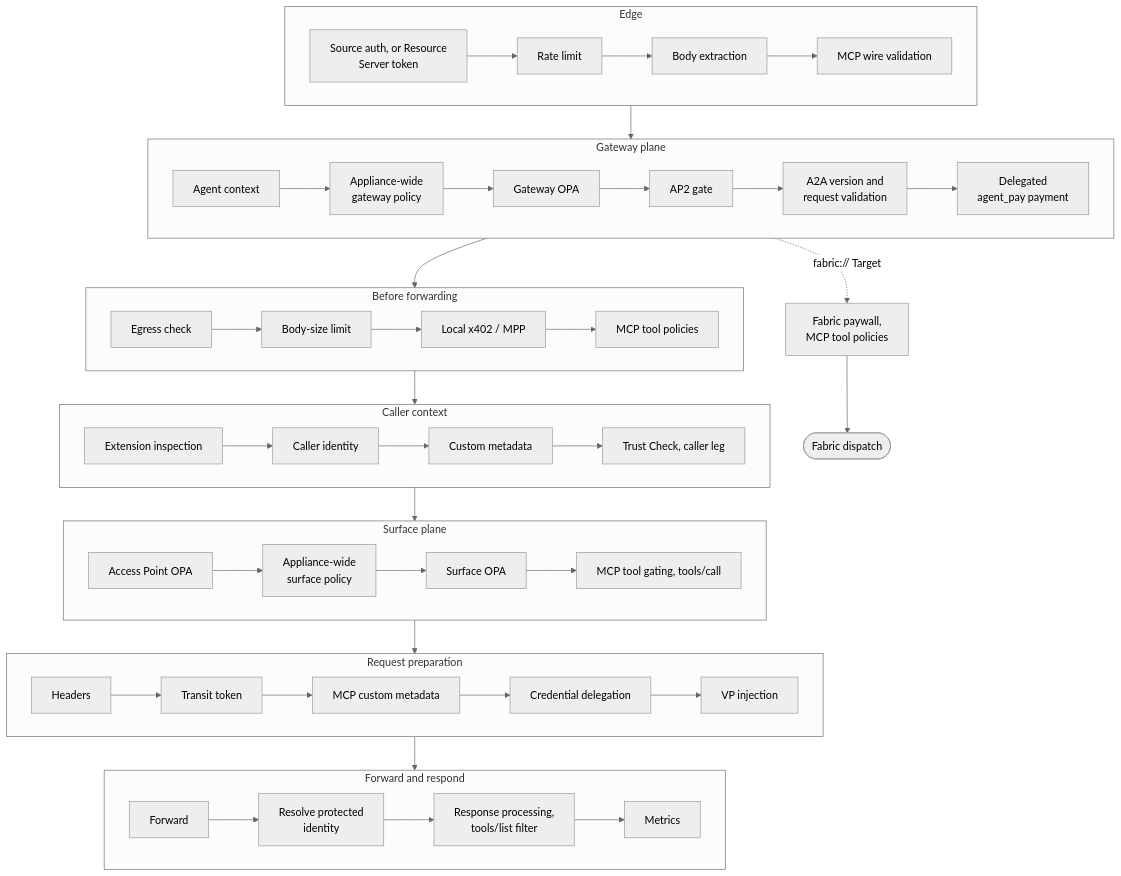
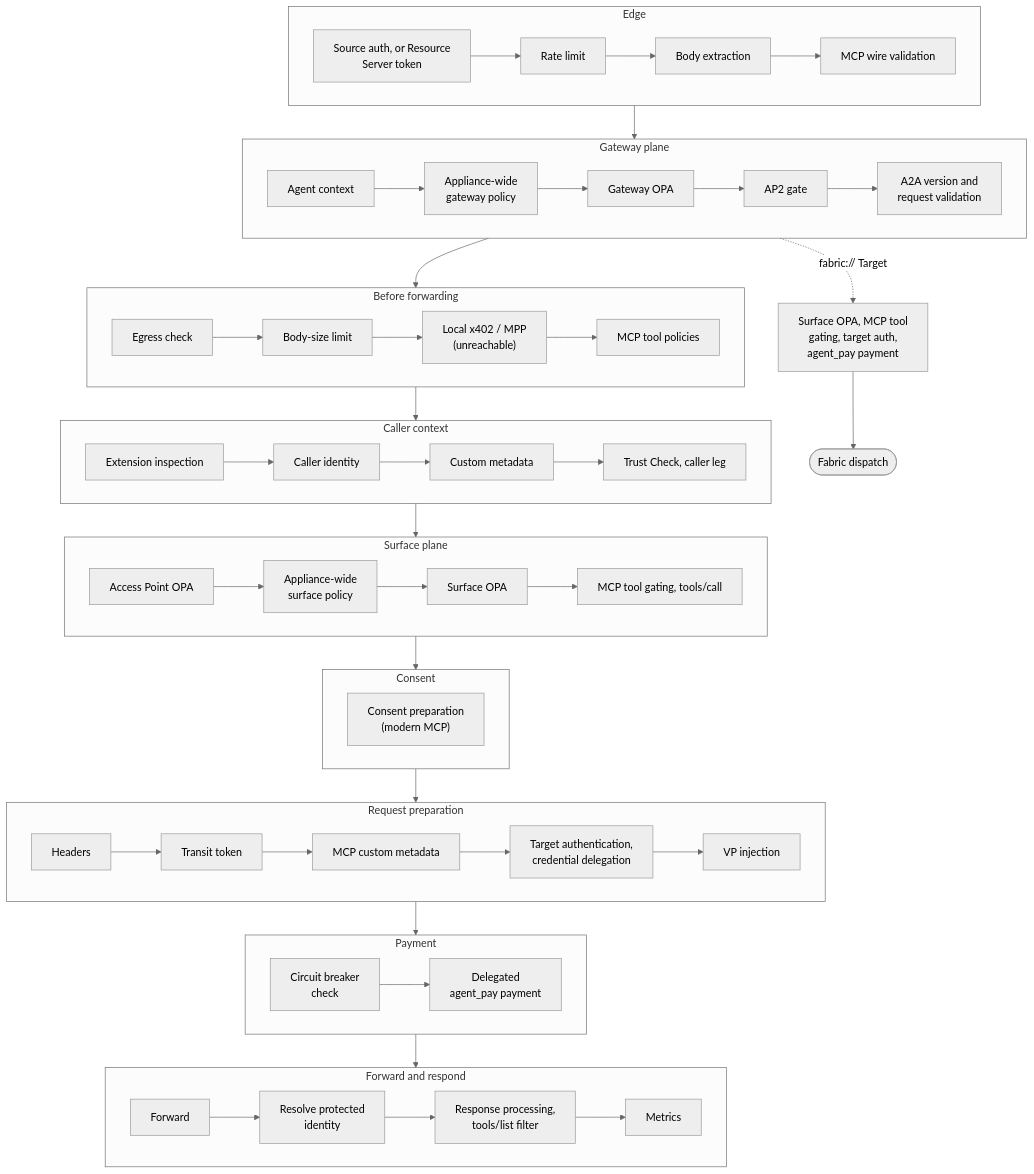
The first of 4 diagrams in ARCHITECTURE.md (affinidi-ai/agent-gateway), drawn with Mermaid (neutral theme) before and after one commit. The commit also changed other lines of this file and 182 other files, not shown here.

Commit message:
feat: added support for agent pay

````diff
--- a/ARCHITECTURE.md
+++ b/ARCHITECTURE.md
@@ -88,33 +88,41 @@
 ```mermaid
 flowchart TB
     subgraph E["Edge"]
         direction LR
         A1["Source auth, or Resource<br/>Server token"] --> A2[Rate limit] --> A3[Body extraction] --> A4[MCP wire validation]
     end
     subgraph G["Gateway plane"]
         direction LR
-        B0[Agent context] --> B1["Appliance-wide<br/>gateway policy"] --> B2[Gateway OPA] --> B3[AP2 gate] --> B4["A2A version and<br/>request validation"] --> B5["Delegated<br/>agent_pay payment"]
+        B0[Agent context] --> B1["Appliance-wide<br/>gateway policy"] --> B2[Gateway OPA] --> B3[AP2 gate] --> B4["A2A version and<br/>request validation"]
     end
     subgraph P["Before forwarding"]
         direction LR
-        P1[Egress check] --> P2[Body-size limit] --> P3["Local x402 / MPP"] --> P4[MCP tool policies]
+        P1[Egress check] --> P2[Body-size limit] --> P3["Local x402 / MPP<br/>(unreachable)"] --> P4[MCP tool policies]
     end
     subgraph C["Caller context"]
         direction LR
         C1[Extension inspection] --> C2[Caller identity] --> C3[Custom metadata] --> C4["Trust Check, caller leg"]
     end
     subgraph S["Surface plane"]
         direction LR
         D1[Access Point OPA] --> D2["Appliance-wide<br/>surface policy"] --> D3[Surface OPA] --> D4["MCP tool gating, tools/call"]
     end
+    subgraph Y["Consent"]
+        direction LR
+        Y1["Consent preparation<br/>(modern MCP)"]
+    end
     subgraph O["Request preparation"]
         direction LR
-        O1[Headers] --> O2[Transit token] --> O3[MCP custom metadata] --> O4[Credential delegation] --> O5[VP injection]
+        O1[Headers] --> O2[Transit token] --> O3[MCP custom metadata] --> O4["Target authentication,<br/>credential delegation"] --> O5[VP injection]
+    end
+    subgraph Z["Payment"]
+        direction LR
+        Z1["Circuit breaker<br/>check"] --> Z2["Delegated<br/>agent_pay payment"]
     end
     subgraph F["Forward and respond"]
         direction LR
         F1[Forward] --> F2["Resolve protected<br/>identity"] --> F3["Response processing,<br/>tools/list filter"] --> F4[Metrics]
     end
-    E --> G --> P --> C --> S --> O --> F
-    B5 -. fabric:// Target .-> FP["Fabric paywall,<br/>MCP tool policies"] --> FB([Fabric dispatch])
+    E --> G --> P --> C --> S --> Y --> O --> Z --> F
+    B4 -. fabric:// Target .-> FP["Surface OPA, MCP tool<br/>gating, target auth,<br/>agent_pay payment"] --> FB([Fabric dispatch])
 ```
````
